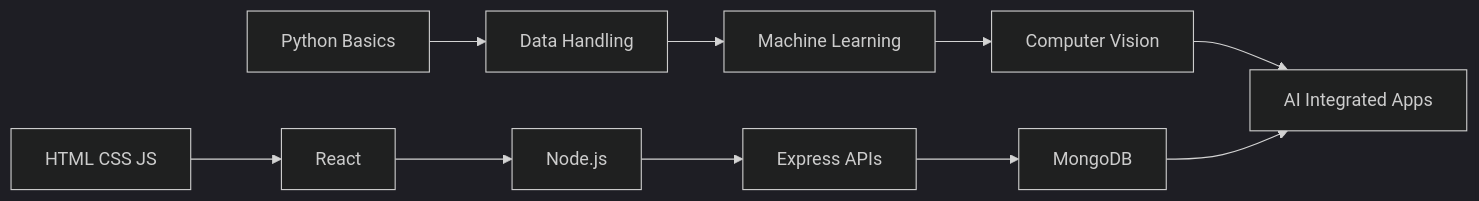
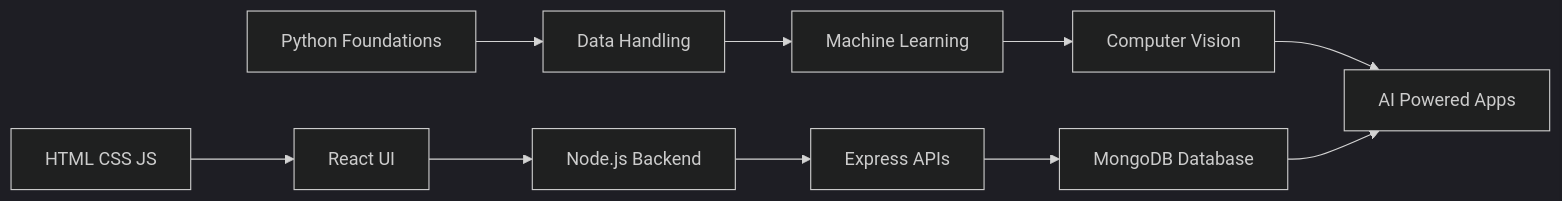
One commit to Aditya-KV/Aditya-KV changed the diagram in README.md. Above: the diagram before and after it, drawn with Mermaid (dark theme). The commit also changed other lines of this file, not shown here.

````diff
--- a/README.md
+++ b/README.md
@@ -153,13 +161,13 @@
 ```mermaid
 flowchart LR
-    A[Python Basics] --> B[Data Handling]
+    A[Python Foundations] --> B[Data Handling]
     B --> C[Machine Learning]
     C --> D[Computer Vision]
-    D --> E[AI Integrated Apps]
+    D --> E[AI Powered Apps]
 
-    F[HTML CSS JS] --> G[React]
-    G --> H[Node.js]
+    F[HTML CSS JS] --> G[React UI]
+    G --> H[Node.js Backend]
     H --> I[Express APIs]
-    I --> J[MongoDB]
+    I --> J[MongoDB Database]
     J --> E
 ```
````
